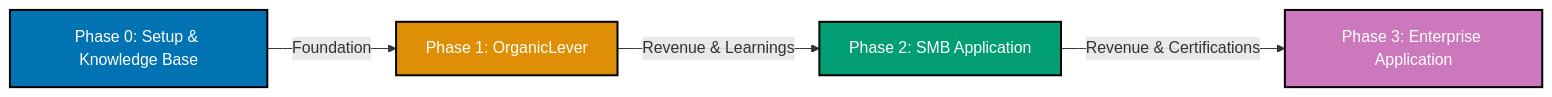
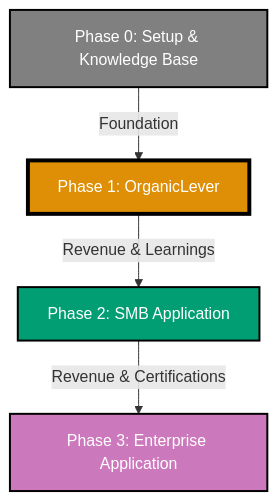
Before and after one commit to wahidyankf/open-sharia-enterprise: the diagram in apps/oseplatform-web/content/about.md, drawn with Mermaid. The commit also changed other lines of this file, not shown here.

First line of the commit message:
docs(oseplatform-web): update about.md to reflect Phase 1 status

````diff
--- a/apps/oseplatform-web/content/about.md
+++ b/apps/oseplatform-web/content/about.md
@@ -87,18 +85,18 @@
 ```mermaid
-%% Color Palette: Blue #0173B2, Orange #DE8F05, Teal #029E73, Purple #CC78BC
-%% All colors are color-blind friendly and meet WCAG AA contrast standards
-graph LR
-    P0["Phase 0: Setup & Knowledge Base"]:::blue
-    P1["Phase 1: OrganicLever"]:::orange
-    P2["Phase 2: SMB Application"]:::teal
-    P3["Phase 3: Enterprise Application"]:::purple
+%% Color Palette: Gray #808080 (done), Orange #DE8F05 (current), Teal #029E73, Purple #CC78BC
+%% Phase 0: Done | Phase 1: Current | Phase 2-3: Future
+graph TD
+    P0["Phase 0: Setup & Knowledge Base"]:::done
+    P1["Phase 1: OrganicLever"]:::current
+    P2["Phase 2: SMB Application"]:::future1
+    P3["Phase 3: Enterprise Application"]:::future2
 
     P0 -->|"Foundation"| P1
     P1 -->|"Revenue & Learnings"| P2
     P2 -->|"Revenue & Certifications"| P3
 
-    classDef blue fill:#0173B2,stroke:#000000,color:#FFFFFF,stroke-width:2px
-    classDef orange fill:#DE8F05,stroke:#000000,color:#FFFFFF,stroke-width:2px
-    classDef teal fill:#029E73,stroke:#000000,color:#FFFFFF,stroke-width:2px
-    classDef purple fill:#CC78BC,stroke:#000000,color:#FFFFFF,stroke-width:2px
+    classDef done fill:#808080,stroke:#000000,color:#FFFFFF,stroke-width:2px
+    classDef current fill:#DE8F05,stroke:#000000,color:#FFFFFF,stroke-width:4px
+    classDef future1 fill:#029E73,stroke:#000000,color:#FFFFFF,stroke-width:2px
+    classDef future2 fill:#CC78BC,stroke:#000000,color:#FFFFFF,stroke-width:2px
 ```
````
